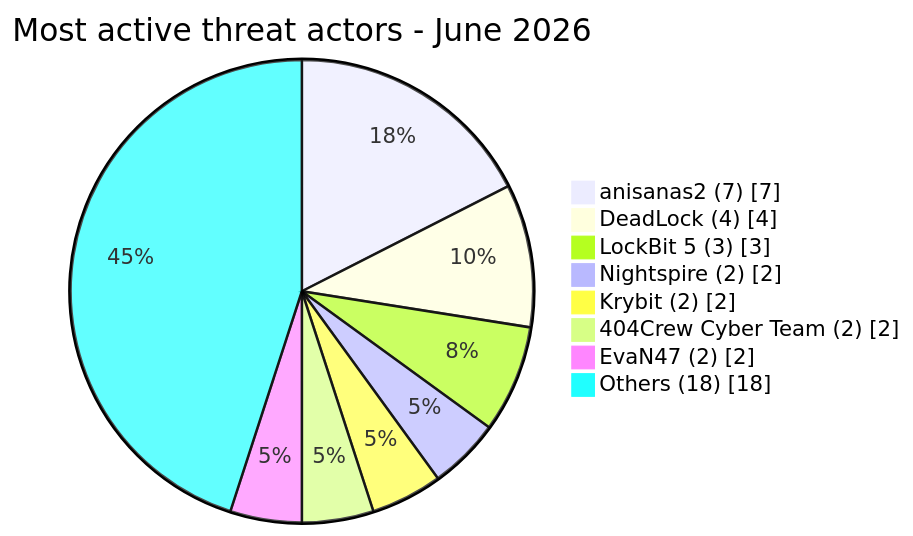
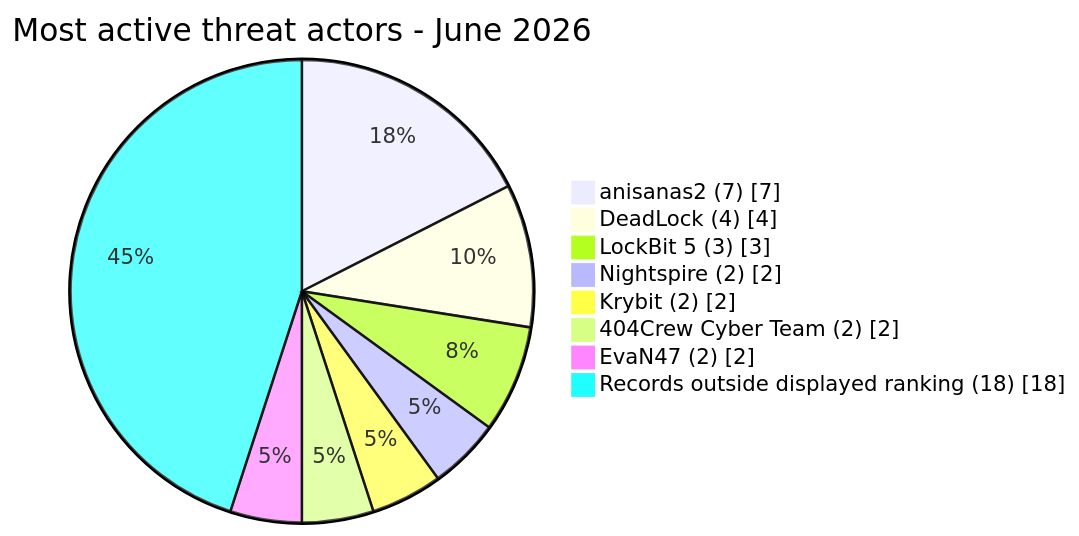
One commit to Hatchepsoute/AFRINTEL changed the fourth of 4 diagrams in CyberAttackAfrica/2026/06-june/README.md. Above: the diagram before and after it, drawn with Mermaid. The commit also changed other lines of this file and 39 other files, not shown here.

````diff
--- a/CyberAttackAfrica/2026/06-june/README.md
+++ b/CyberAttackAfrica/2026/06-june/README.md
@@ -233,12 +249,12 @@
 ```mermaid
 pie showData
  title Most active threat actors - June 2026
  "anisanas2 (7)" : 7
  "DeadLock (4)" : 4
  "LockBit 5 (3)" : 3
  "Nightspire (2)" : 2
  "Krybit (2)" : 2
  "404Crew Cyber Team (2)" : 2
  "EvaN47 (2)" : 2
- "Others (18)" : 18
+ "Records outside displayed ranking (18)" : 18
 ```
````
